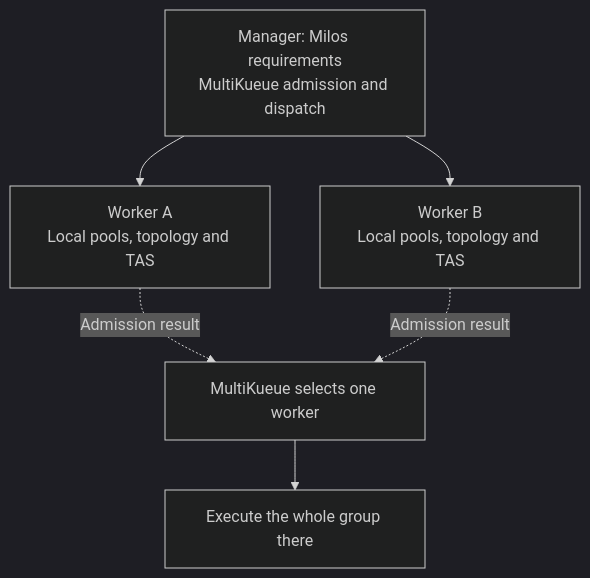
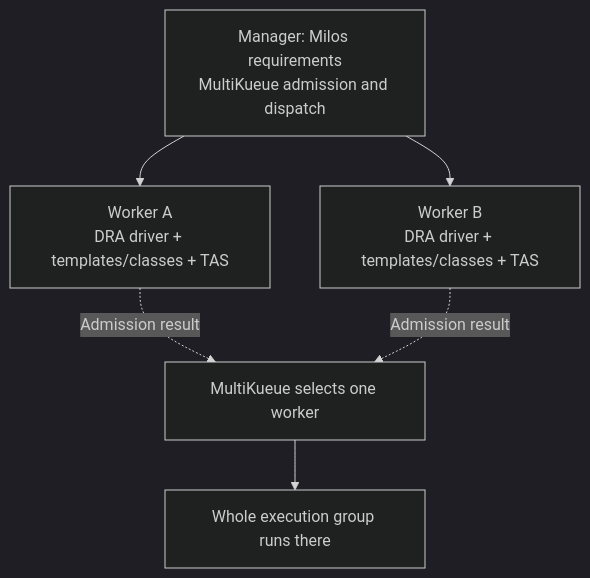
The fifth of 5 diagrams in docs/resource-pools.md (wsq2333/milos), drawn with Mermaid (dark theme) before and after one commit. The commit also changed other lines of this file and 6 other files, not shown here.

````diff
--- a/docs/resource-pools.md
+++ b/docs/resource-pools.md
@@ -238,8 +226,8 @@
 ```mermaid
 flowchart TD
-    M["Manager: Milos requirements<br/>MultiKueue admission and dispatch"] --> A["Worker A<br/>Local pools, topology and TAS"]
-    M --> B["Worker B<br/>Local pools, topology and TAS"]
+    M["Manager: Milos requirements<br/>MultiKueue admission and dispatch"] --> A["Worker A<br/>DRA driver + templates/classes + TAS"]
+    M --> B["Worker B<br/>DRA driver + templates/classes + TAS"]
     A -. "Admission result" .-> C["MultiKueue selects one worker"]
     B -. "Admission result" .-> C
-    C --> E["Execute the whole group there"]
+    C --> E["Whole execution group runs there"]
 ```
````
